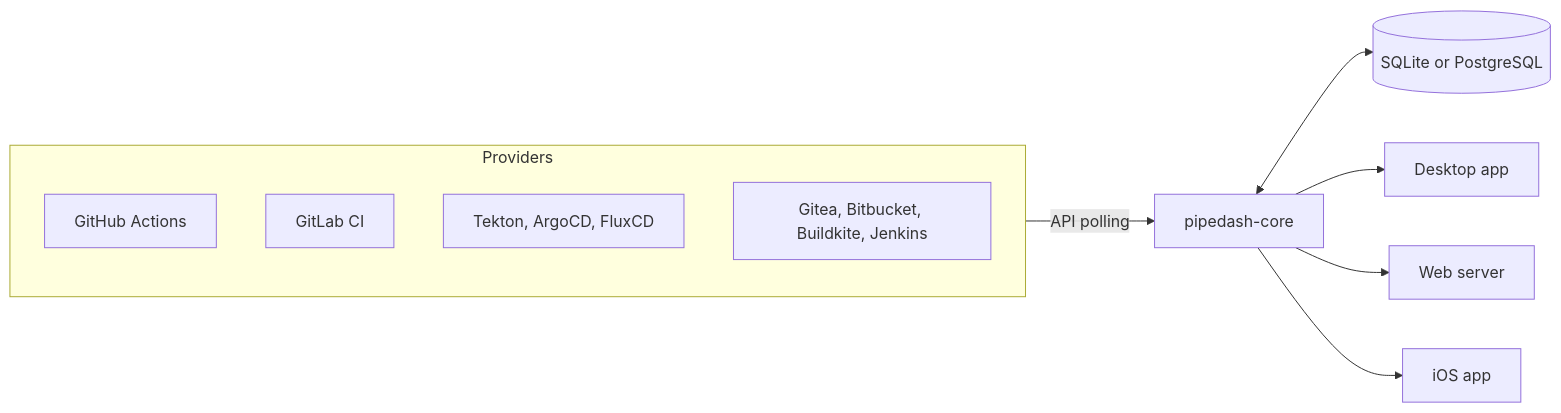
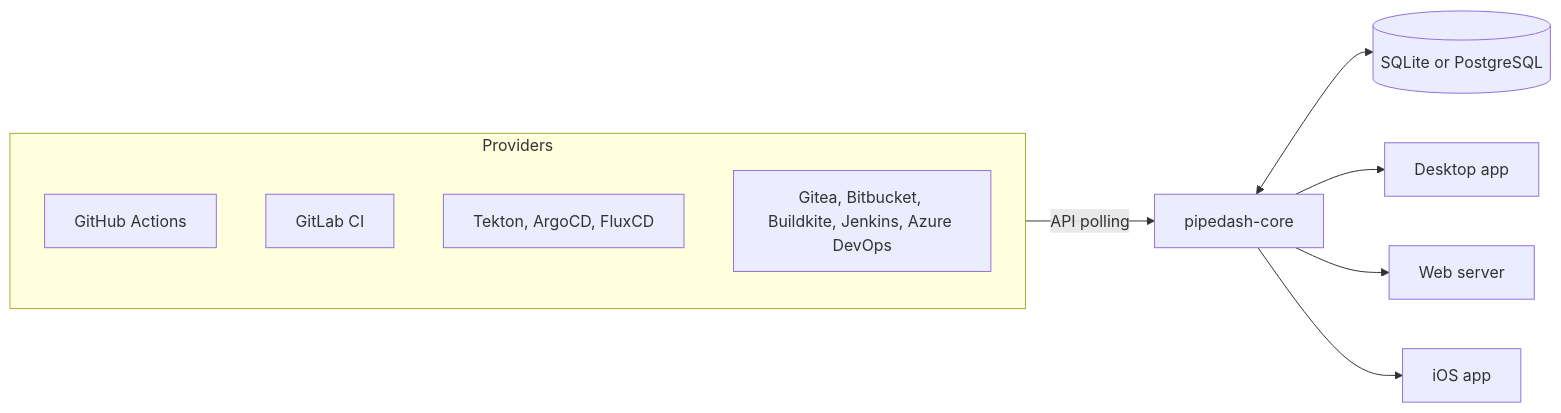
One commit to hcavarsan/pipedash changed the diagram in README.md. Above: the diagram before and after it, drawn with Mermaid. The commit also changed other lines of this file and 16 other files, not shown here.

````diff
--- a/README.md
+++ b/README.md
@@ -84,14 +84,14 @@
 ```mermaid
 flowchart LR
   subgraph Providers
     GH[GitHub Actions]
     GL[GitLab CI]
     K8S[Tekton, ArgoCD, FluxCD]
-    More[Gitea, Bitbucket, Buildkite, Jenkins]
+    More[Gitea, Bitbucket, Buildkite, Jenkins, Azure DevOps]
   end
   Providers -- API polling --> Core[pipedash-core]
   Core <--> DB[(SQLite or PostgreSQL)]
   Core --> Desktop[Desktop app]
   Core --> Web[Web server]
   Core --> iOS[iOS app]
 ```
````
